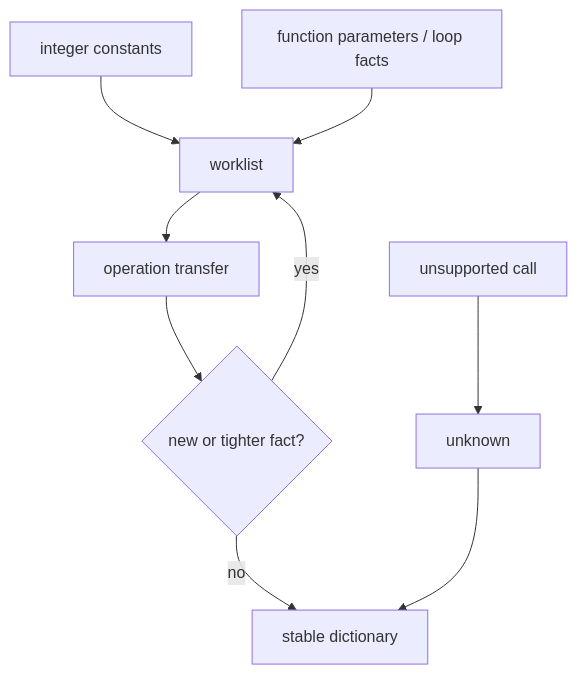
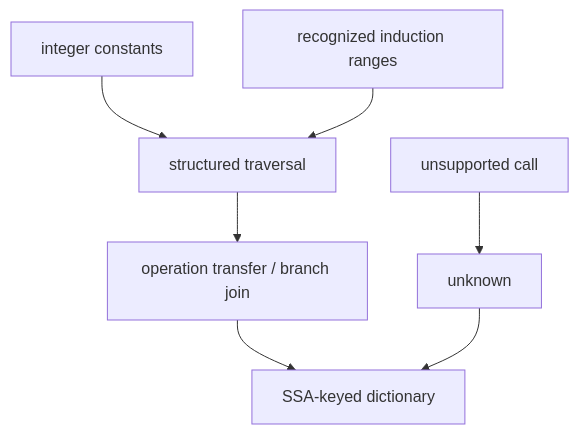
The second of 2 diagrams in docs/api/mods/analysis/bounds.md (lancerstadium/joggle), drawn with Mermaid before and after one commit. The commit also changed other lines of this file and 5 other files, not shown here.

````diff
--- a/docs/api/mods/analysis/bounds.md
+++ b/docs/api/mods/analysis/bounds.md
@@ -102,11 +102,9 @@
 ```mermaid
 flowchart TD
-  C[integer constants] --> W[worklist]
-  P[function parameters / loop facts] --> W
-  W --> T[operation transfer]
-  T --> N{new or tighter fact?}
-  N -->|yes| W
-  N -->|no| S[stable dictionary]
+  C[integer constants] --> W[structured traversal]
+  P[recognized induction ranges] --> W
+  W --> T[operation transfer / branch join]
+  T --> S[SSA-keyed dictionary]
   U[unsupported call] --> X[unknown]
   X --> S
 ```
````
